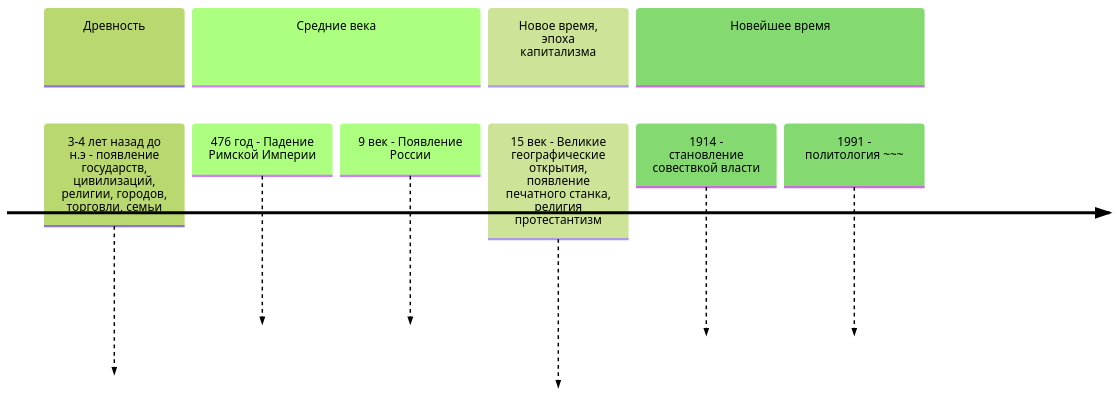
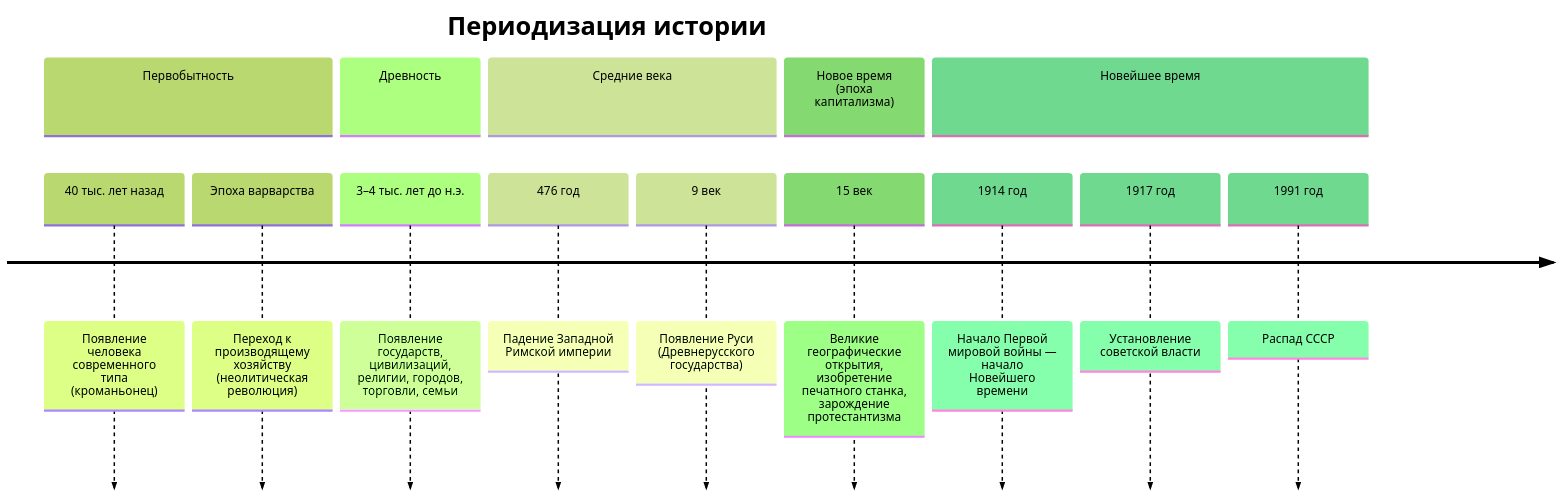
Before and after one commit to wesdyqq/study-sync: the second of 2 diagrams in Учеба КНИТУ/История России/Конспекты лекций/История России 25.09.26.md, drawn with Mermaid (forest theme). The commit also changed other lines of this file, not shown here.

````diff
--- a/Учеба КНИТУ/История России/Конспекты лекций/История России 25.09.26.md
+++ b/Учеба КНИТУ/История России/Конспекты лекций/История России 25.09.26.md
@@ -45,15 +47,18 @@
 ```mermaid
 timeline
-40 лет назад - появление человека похожего назад
-Варварство - производящее хозяйство 
-section Древность 
-3-4 лет назад до н.э - появление государств, цивилизаций, религии, городов, торговли, семьи
-section Средние века
-476 год - Падение Римской Империи
-9 век - Появление России 
-section Новое время, эпоха капитализма
-15 век - Великие географические открытия, появление печатного станка, религия протестантизм
-section Новейшее время
-1914 - становление совествкой власти
-1991 - политология ~~~ 
+    title Периодизация истории
+    section Первобытность
+        40 тыс. лет назад : Появление человека современного типа (кроманьонец)
+        Эпоха варварства : Переход к производящему хозяйству (неолитическая революция)
+    section Древность
+        3–4 тыс. лет до н.э. : Появление государств, цивилизаций, религии, городов, торговли, семьи
+    section Средние века
+        476 год : Падение Западной Римской империи
+        9 век : Появление Руси (Древнерусского государства)
+    section Новое время (эпоха капитализма)
+        15 век : Великие географические открытия, изобретение печатного станка, зарождение протестантизма
+    section Новейшее время
+        1914 год : Начало Первой мировой войны — начало Новейшего времени
+        1917 год : Установление советской власти
+        1991 год : Распад СССР
 ```
````
